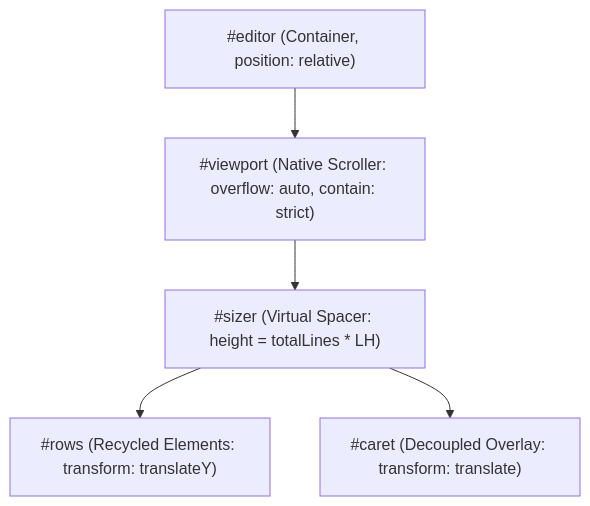
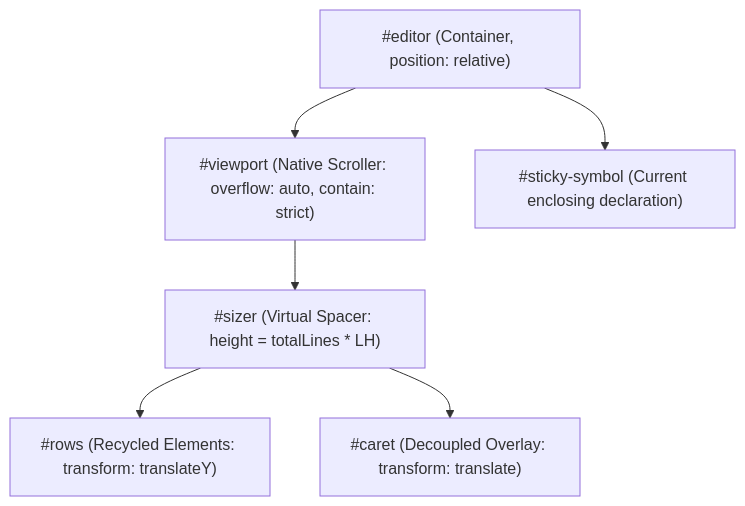
The first of 2 diagrams in docs/internals/editor-virtualization.md (px0-ai/px0), drawn with Mermaid before and after one commit. The commit also changed other lines of this file and 8 other files, not shown here.

````diff
--- a/docs/internals/editor-virtualization.md
+++ b/docs/internals/editor-virtualization.md
@@ -31,13 +32,15 @@
 ```mermaid
 flowchart TD
     Editor["#editor (Container, position: relative)"]
     Viewport["#viewport (Native Scroller: overflow: auto, contain: strict)"]
     Sizer["#sizer (Virtual Spacer: height = totalLines * LH)"]
     Rows["#rows (Recycled Elements: transform: translateY)"]
     Caret["#caret (Decoupled Overlay: transform: translate)"]
+    Sticky["#sticky-symbol (Current enclosing declaration)"]
 
     Editor --> Viewport
     Viewport --> Sizer
     Sizer --> Rows
     Sizer --> Caret
+    Editor --> Sticky
 ```
````
